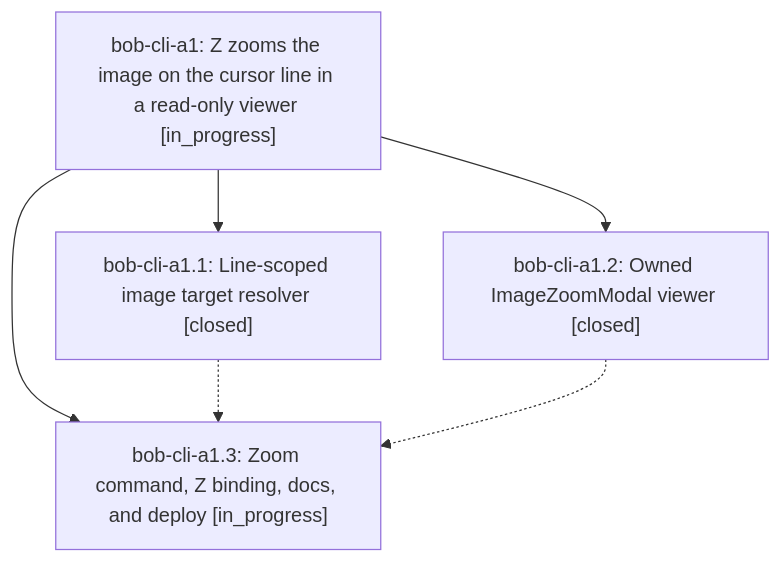
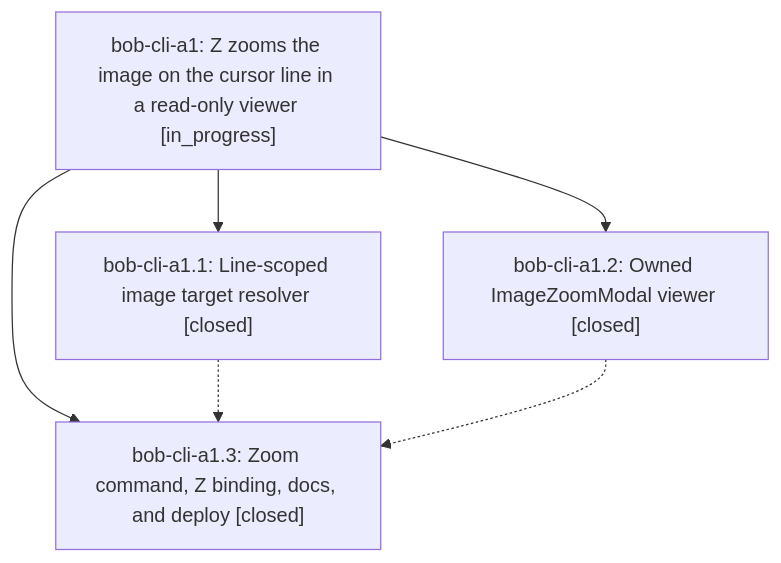
The diagram in pages/bob-cli-a1/README.md (bobs-org/bob-cli--beads), drawn with Mermaid before and after one commit. The commit also changed other lines of this file and 3 other files, not shown here.

First line of the commit message:
chore(beads): sync bead state and pages for bob-cli-a1

````diff
--- a/pages/bob-cli-a1/README.md
+++ b/pages/bob-cli-a1/README.md
@@ -38,12 +38,12 @@
 ```mermaid
 flowchart TD
     n0["bob-cli-a1: Z zooms the image on the cursor line in a read-only viewer [in_progress]"]
     n1["bob-cli-a1.1: Line-scoped image target resolver [closed]"]
     n2["bob-cli-a1.2: Owned ImageZoomModal viewer [closed]"]
-    n3["bob-cli-a1.3: Zoom command, Z binding, docs, and deploy [in_progress]"]
+    n3["bob-cli-a1.3: Zoom command, Z binding, docs, and deploy [closed]"]
     n0 --> n1
     n0 --> n2
     n0 --> n3
     n1 -.-> n3
     n2 -.-> n3
 ```
````
